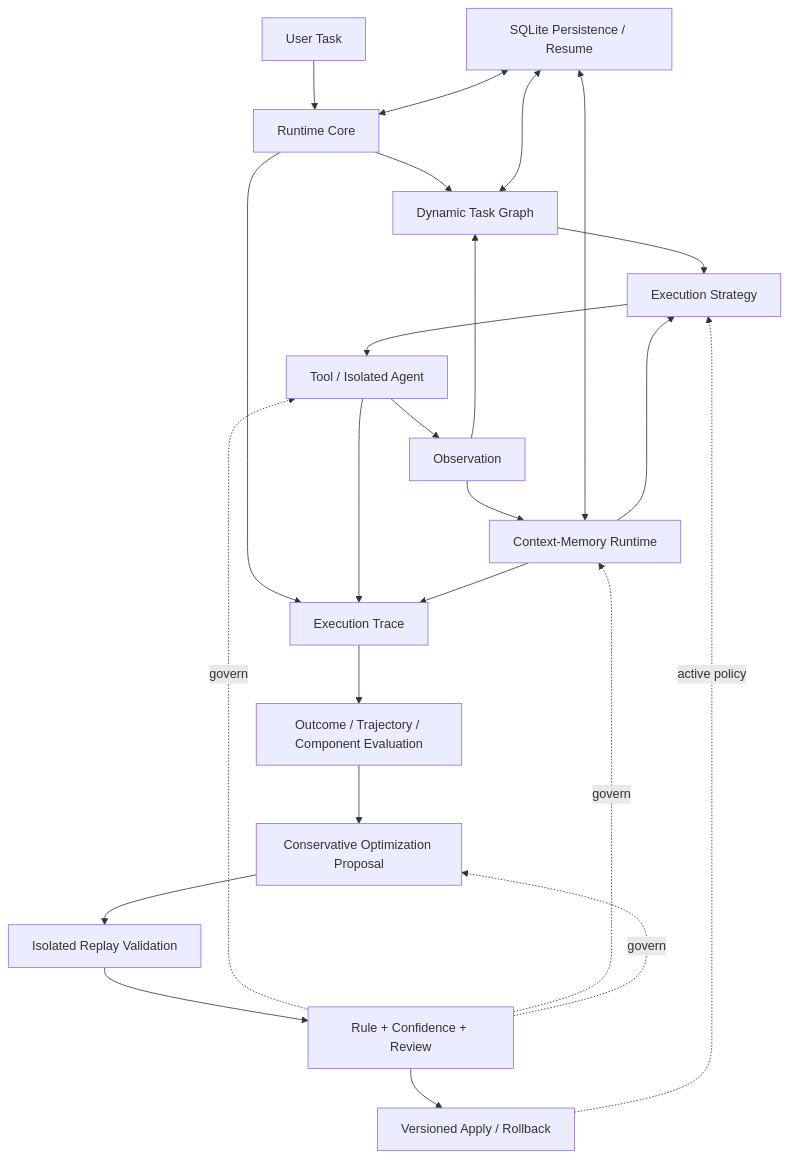
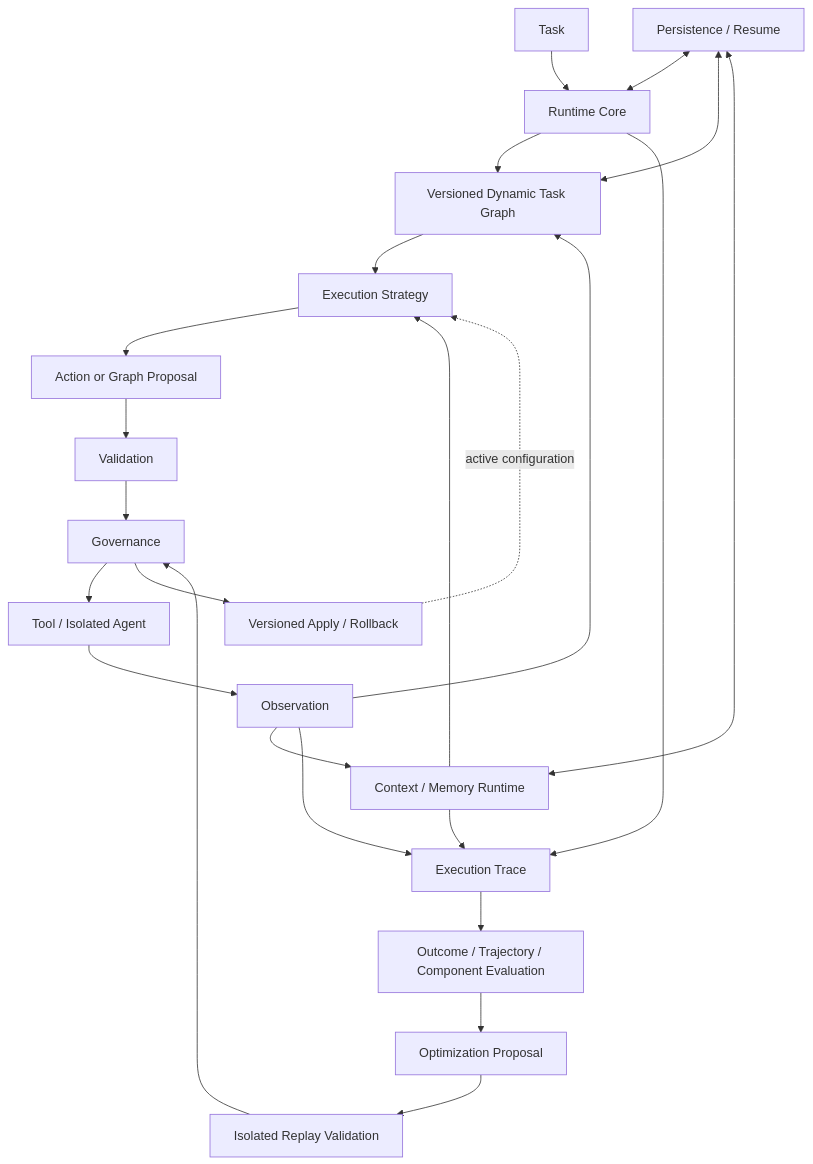
The diagram in README.md (hych0317/Adaptive-Agent-Runtime), drawn with Mermaid before and after one commit. The commit also changed other lines of this file, not shown here.

Commit message:
docs: refocus readme on architecture and evaluation

````diff
--- a/README.md
+++ b/README.md
@@ -21,26 +19,26 @@
 ```mermaid
 flowchart TD
-    A["User Task"] --> B["Runtime Core"]
-    P["SQLite Persistence / Resume"] <--> B
-    B --> C["Dynamic Task Graph"]
+    U["Task"] --> R["Runtime Core"]
+    P["Persistence / Resume"] <--> R
+    R --> G["Versioned Dynamic Task Graph"]
+    P <--> G
+    G --> S["Execution Strategy"]
+    C["Context / Memory Runtime"] --> S
     P <--> C
-    C --> D["Execution Strategy"]
-    D --> E["Tool / Isolated Agent"]
-    E --> F["Observation"]
-    F --> C
-    F --> G["Context-Memory Runtime"]
-    P <--> G
-    G --> D
-    B --> H["Execution Trace"]
-    E --> H
-    G --> H
-    H --> I["Outcome / Trajectory / Component Evaluation"]
-    I --> J["Conservative Optimization Proposal"]
-    J --> L["Isolated Replay Validation"]
-    L --> K
-    K --> M["Versioned Apply / Rollback"]
-    M -. active policy .-> D
-    K["Rule + Confidence + Review"] -. govern .-> E
-    K -. govern .-> G
-    K -. govern .-> J
+    S --> A["Action or Graph Proposal"]
+    A --> V["Validation"]
+    V --> H["Governance"]
+    H --> E["Tool / Isolated Agent"]
+    E --> O["Observation"]
+    O --> G
+    O --> C
+    O --> T["Execution Trace"]
+    R --> T
+    C --> T
+    T --> Q["Outcome / Trajectory / Component Evaluation"]
+    Q --> N["Optimization Proposal"]
+    N --> X["Isolated Replay Validation"]
+    X --> H
+    H --> K["Versioned Apply / Rollback"]
+    K -. "active configuration" .-> S
 ```
````
